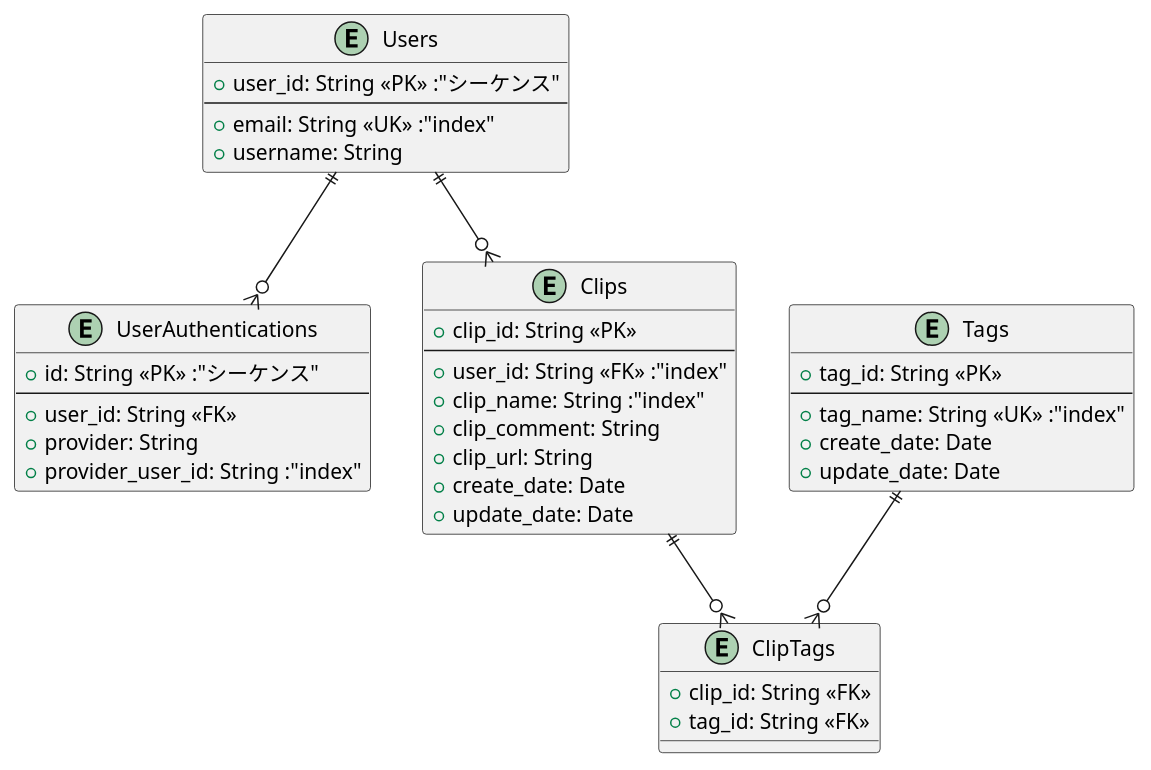
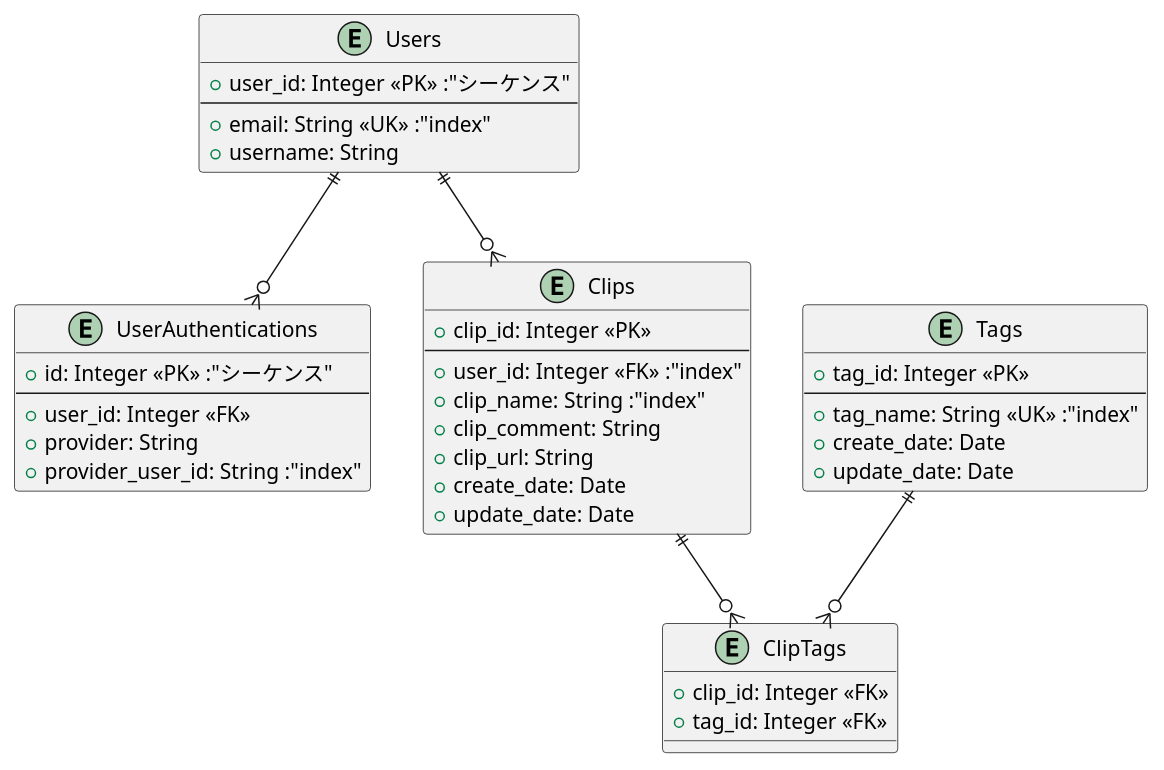
One commit to Ayumu3746221/web-clip-api changed the diagram in docs/er.plantuml. Above: the diagram before and after it, drawn with PlantUML. The commit also changed 13 other files, not shown here.

```diff
--- a/docs/er.plantuml
+++ b/docs/er.plantuml
@@ -1,46 +1,46 @@
 @startuml er
 
 entity "Users" as user {
-    +user_id: String <<PK>> :"シーケンス"
+    +user_id: Integer <<PK>> :"シーケンス"
     ---
     +email: String <<UK>> :"index"
     +username: String
 }
 
 entity "UserAuthentications" as user_auth {
-    +id: String <<PK>> :"シーケンス"
+    +id: Integer <<PK>> :"シーケンス"
     ---
-    +user_id: String <<FK>>
+    +user_id: Integer <<FK>>
     +provider: String
     +provider_user_id: String :"index"
 }
 
 entity "Clips" as clip {
-    +clip_id: String <<PK>>
+    +clip_id: Integer <<PK>>
     ---
-    +user_id: String <<FK>> :"index"
+    +user_id: Integer <<FK>> :"index"
     +clip_name: String :"index"
     +clip_comment: String
     +clip_url: String
     +create_date: Date
     +update_date: Date
 }
 
 entity "Tags" as tag {
-    +tag_id: String <<PK>>
+    +tag_id: Integer <<PK>>
     ---
     +tag_name: String <<UK>> :"index"
     +create_date: Date
     +update_date: Date
 }
 
 entity "ClipTags" as clip_tag {
-    +clip_id: String <<FK>>
-    +tag_id: String <<FK>>
+    +clip_id: Integer <<FK>>
+    +tag_id: Integer <<FK>>
 }
 
 user ||--o{ clip
 user ||--o{ user_auth
 clip ||--o{ clip_tag
 tag ||--o{ clip_tag
 @enduml
```
